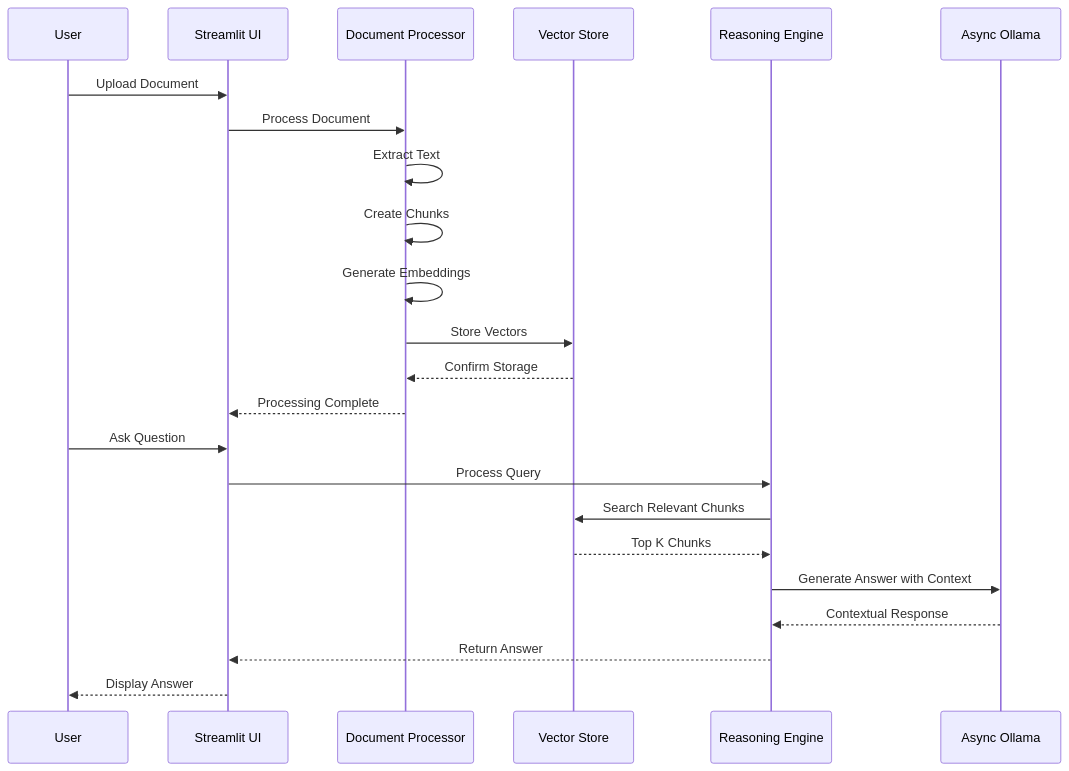
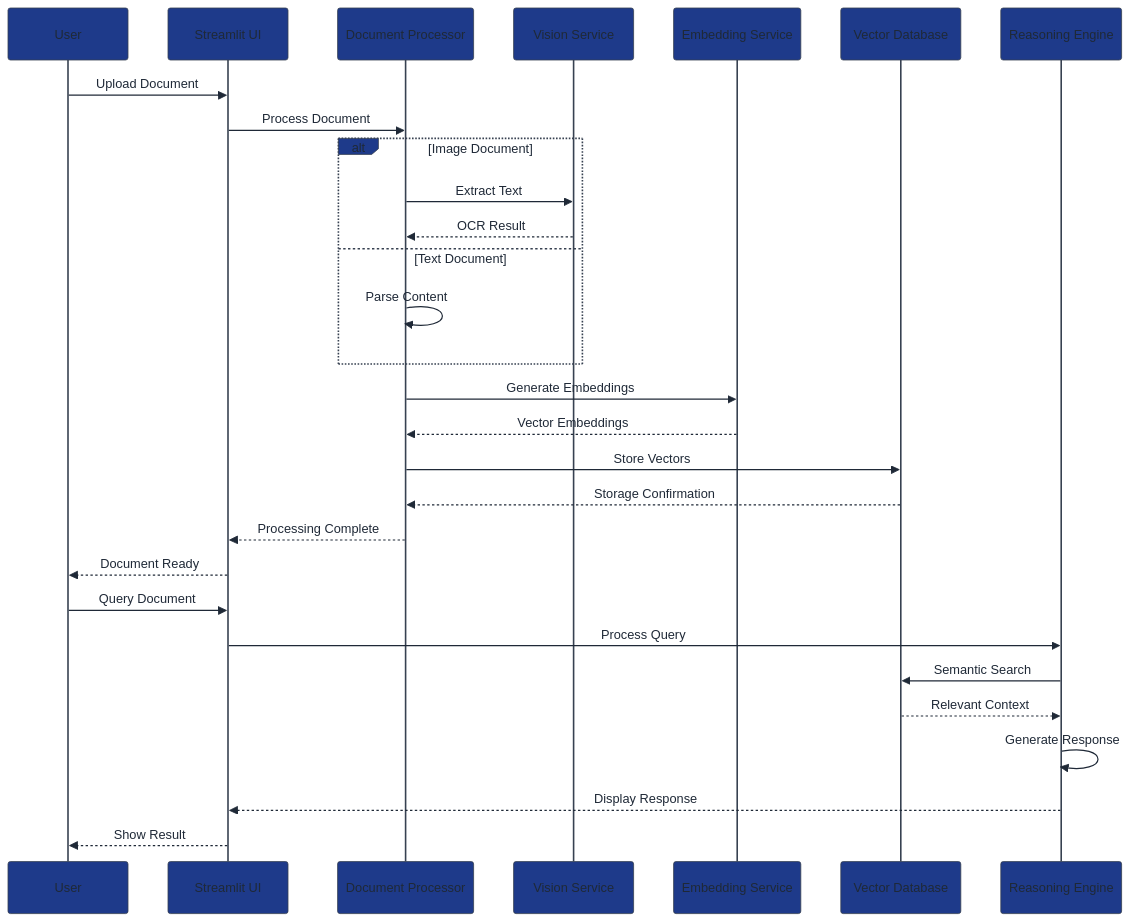
The seventh of 14 diagrams in docs/ARCHITECTURE.md (khaosans/basic-chat), drawn with Mermaid before and after one commit. The commit also changed other lines of this file and 10 other files, not shown here.

````diff
--- a/docs/ARCHITECTURE.md
+++ b/docs/ARCHITECTURE.md
@@ -280,29 +419,36 @@
 ```mermaid
+%%{init: {'theme': 'base', 'themeVariables': { 'fontSize': '16px', 'fontFamily': 'Arial, sans-serif', 'primaryColor': '#1e3a8a', 'primaryTextColor': '#1f2937', 'primaryBorderColor': '#374151', 'lineColor': '#6b7280', 'secondaryColor': '#f3f4f6', 'tertiaryColor': '#e5e7eb', 'edgeLabelBackground': '#f9fafb'}}}%%
 sequenceDiagram
-    participant User
+    participant U as User
     participant UI as Streamlit UI
     participant DP as Document Processor
-    participant VS as Vector Store
+    participant VISION as Vision Service
+    participant EMB as Embedding Service
+    participant VDB as Vector Database
     participant RE as Reasoning Engine
-    participant AO as Async Ollama
     
-    User->>UI: Upload Document
+    U->>UI: Upload Document
     UI->>DP: Process Document
     
-    DP->>DP: Extract Text
-    DP->>DP: Create Chunks
-    DP->>DP: Generate Embeddings
-    DP->>VS: Store Vectors
-    VS-->>DP: Confirm Storage
+    alt Image Document
+        DP->>VISION: Extract Text
+        VISION-->>DP: OCR Result
+    else Text Document
+        DP->>DP: Parse Content
+    end
+    
+    DP->>EMB: Generate Embeddings
+    EMB-->>DP: Vector Embeddings
+    DP->>VDB: Store Vectors
+    VDB-->>DP: Storage Confirmation
     DP-->>UI: Processing Complete
+    UI-->>U: Document Ready
     
-    User->>UI: Ask Question
+    U->>UI: Query Document
     UI->>RE: Process Query
-    
-    RE->>VS: Search Relevant Chunks
-    VS-->>RE: Top K Chunks
-    RE->>AO: Generate Answer with Context
-    AO-->>RE: Contextual Response
-    RE-->>UI: Return Answer
-    UI-->>User: Display Answer
+    RE->>VDB: Semantic Search
+    VDB-->>RE: Relevant Context
+    RE->>RE: Generate Response
+    RE-->>UI: Display Response
+    UI-->>U: Show Result
 ```
````
